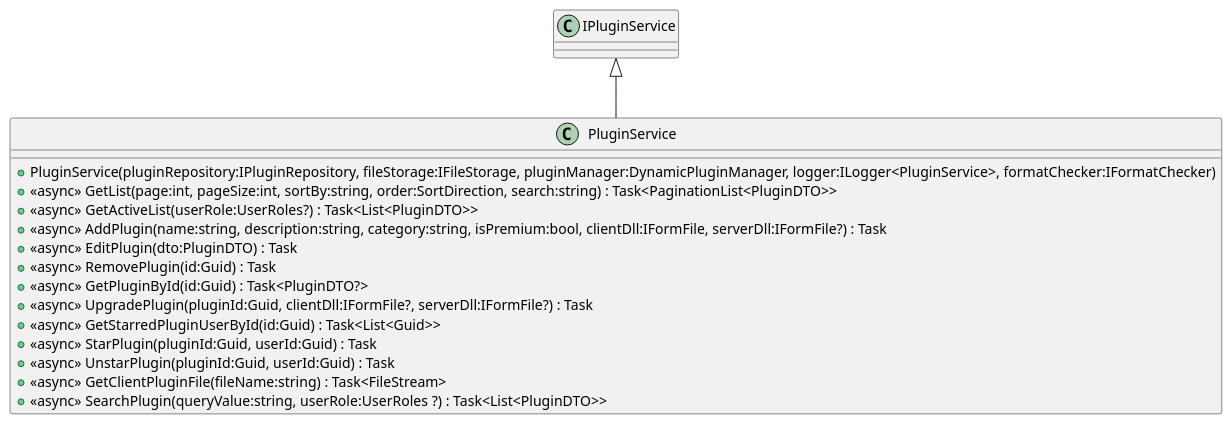
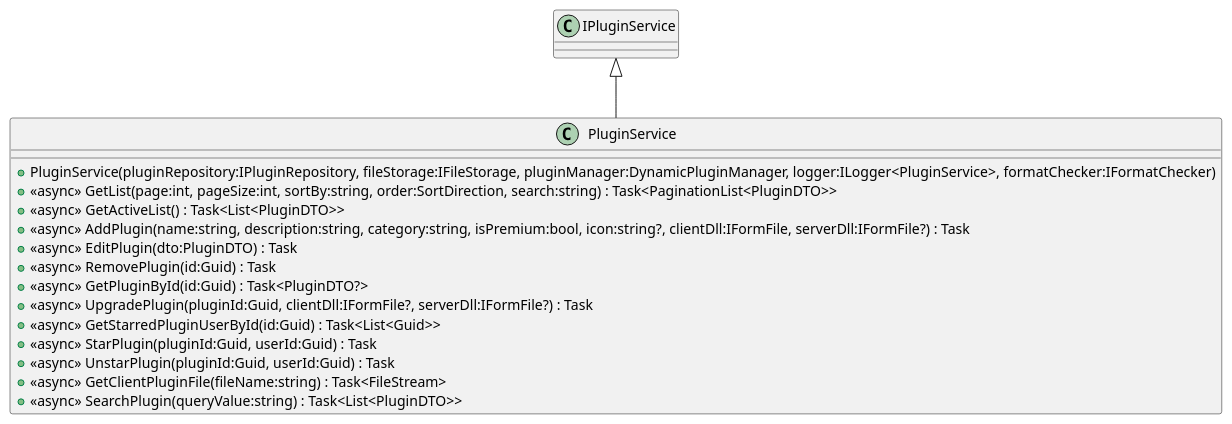
One commit to cutehusky/SoftwareDesignProject changed the diagram in Main/Doc/Services/PluginService.puml. Above: the diagram before and after it, drawn with PlantUML. The commit also changed 58 other files, not shown here.

First line of the commit message:
feat: add detail info in plugin page, add icon setting for tool

```diff
--- a/Main/Doc/Services/PluginService.puml
+++ b/Main/Doc/Services/PluginService.puml
@@ -1,18 +1,18 @@
 @startuml
 class PluginService {
     + PluginService(pluginRepository:IPluginRepository, fileStorage:IFileStorage, pluginManager:DynamicPluginManager, logger:ILogger<PluginService>, formatChecker:IFormatChecker)
     + <<async>> GetList(page:int, pageSize:int, sortBy:string, order:SortDirection, search:string) : Task<PaginationList<PluginDTO>>
-    + <<async>> GetActiveList(userRole:UserRoles?) : Task<List<PluginDTO>>
-    + <<async>> AddPlugin(name:string, description:string, category:string, isPremium:bool, clientDll:IFormFile, serverDll:IFormFile?) : Task
+    + <<async>> GetActiveList() : Task<List<PluginDTO>>
+    + <<async>> AddPlugin(name:string, description:string, category:string, isPremium:bool, icon:string?, clientDll:IFormFile, serverDll:IFormFile?) : Task
     + <<async>> EditPlugin(dto:PluginDTO) : Task
     + <<async>> RemovePlugin(id:Guid) : Task
     + <<async>> GetPluginById(id:Guid) : Task<PluginDTO?>
     + <<async>> UpgradePlugin(pluginId:Guid, clientDll:IFormFile?, serverDll:IFormFile?) : Task
     + <<async>> GetStarredPluginUserById(id:Guid) : Task<List<Guid>>
     + <<async>> StarPlugin(pluginId:Guid, userId:Guid) : Task
     + <<async>> UnstarPlugin(pluginId:Guid, userId:Guid) : Task
     + <<async>> GetClientPluginFile(fileName:string) : Task<FileStream>
-    + <<async>> SearchPlugin(queryValue:string, userRole:UserRoles ?) : Task<List<PluginDTO>>
+    + <<async>> SearchPlugin(queryValue:string) : Task<List<PluginDTO>>
 }
 IPluginService <|-- PluginService
 @enduml
```
